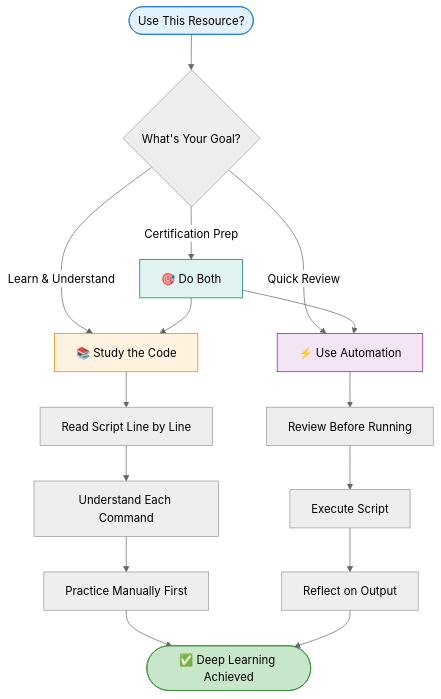
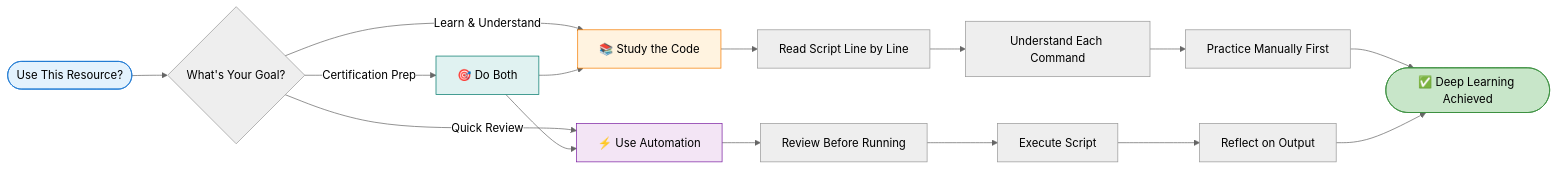
The third of 4 diagrams in APIs Explorer- App Engine/EduLinkUp.md (theeccentriccoder01/Google-Arcade-Labs-EduLinkUp1), drawn with Mermaid (neutral theme) before and after one commit. The commit also changed other lines of this file, not shown here.

````diff
--- a/APIs Explorer- App Engine/EduLinkUp.md
+++ b/APIs Explorer- App Engine/EduLinkUp.md
@@ -91,27 +91,27 @@
 ```mermaid
-flowchart TD
+graph LR
     Start([Use This Resource?]) --> Question{What's Your Goal?}
     Question -->|Learn & Understand| Manual[📚 Study the Code]
     Question -->|Quick Review| Auto[⚡ Use Automation]
     Question -->|Certification Prep| Both[🎯 Do Both]
     
     Manual --> Read[Read Script Line by Line]
     Read --> Understand[Understand Each Command]
     Understand --> Practice[Practice Manually First]
     
     Auto --> Review[Review Before Running]
     Review --> Execute[Execute Script]
     Execute --> Reflect[Reflect on Output]
     
     Both --> Manual
     Both --> Auto
     
     Practice --> Success([✅ Deep Learning Achieved])
     Reflect --> Success
     
-    style Start fill:#E3F2FD,stroke:#1976D2
-    style Success fill:#C8E6C9,stroke:#388E3C
-    style Manual fill:#FFF3E0,stroke:#F57C00
-    style Auto fill:#F3E5F5,stroke:#7B1FA2
-    style Both fill:#E0F2F1,stroke:#00796B
+    style Start fill:#E3F2FD,stroke:#1976D2,color:#000
+    style Success fill:#C8E6C9,stroke:#388E3C,color:#000
+    style Manual fill:#FFF3E0,stroke:#F57C00,color:#000
+    style Auto fill:#F3E5F5,stroke:#7B1FA2,color:#000
+    style Both fill:#E0F2F1,stroke:#00796B,color:#000
 ```
````
